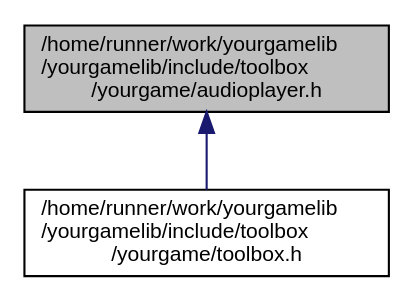
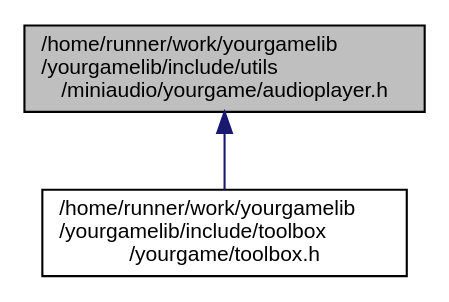
One commit to duddel/yourgamelib changed the diagram in audioplayer_8h__dep__incl.dot. Above: the diagram before and after it, drawn with Graphviz. The commit also changed 38 other files, not shown here.

```diff
--- a/audioplayer_8h__dep__incl.dot
+++ b/audioplayer_8h__dep__incl.dot
@@ -1,8 +1,8 @@
-digraph "/home/runner/work/yourgamelib/yourgamelib/include/toolbox/yourgame/audioplayer.h"
+digraph "/home/runner/work/yourgamelib/yourgamelib/include/utils/miniaudio/yourgame/audioplayer.h"
 {
   edge [fontname="Helvetica",fontsize="10",labelfontname="Helvetica",labelfontsize="10"];
   node [fontname="Helvetica",fontsize="10",shape=record];
-  Node4 [label="/home/runner/work/yourgamelib\l/yourgamelib/include/toolbox\l/yourgame/audioplayer.h",height=0.2,width=0.4,color="black", fillcolor="grey75", style="filled", fontcolor="black"];
+  Node4 [label="/home/runner/work/yourgamelib\l/yourgamelib/include/utils\l/miniaudio/yourgame/audioplayer.h",height=0.2,width=0.4,color="black", fillcolor="grey75", style="filled", fontcolor="black"];
   Node4 -> Node5 [dir="back",color="midnightblue",fontsize="10",style="solid",fontname="Helvetica"];
   Node5 [label="/home/runner/work/yourgamelib\l/yourgamelib/include/toolbox\l/yourgame/toolbox.h",height=0.2,width=0.4,color="black", fillcolor="white", style="filled",URL="$toolbox_8h.html"];
 }
```
